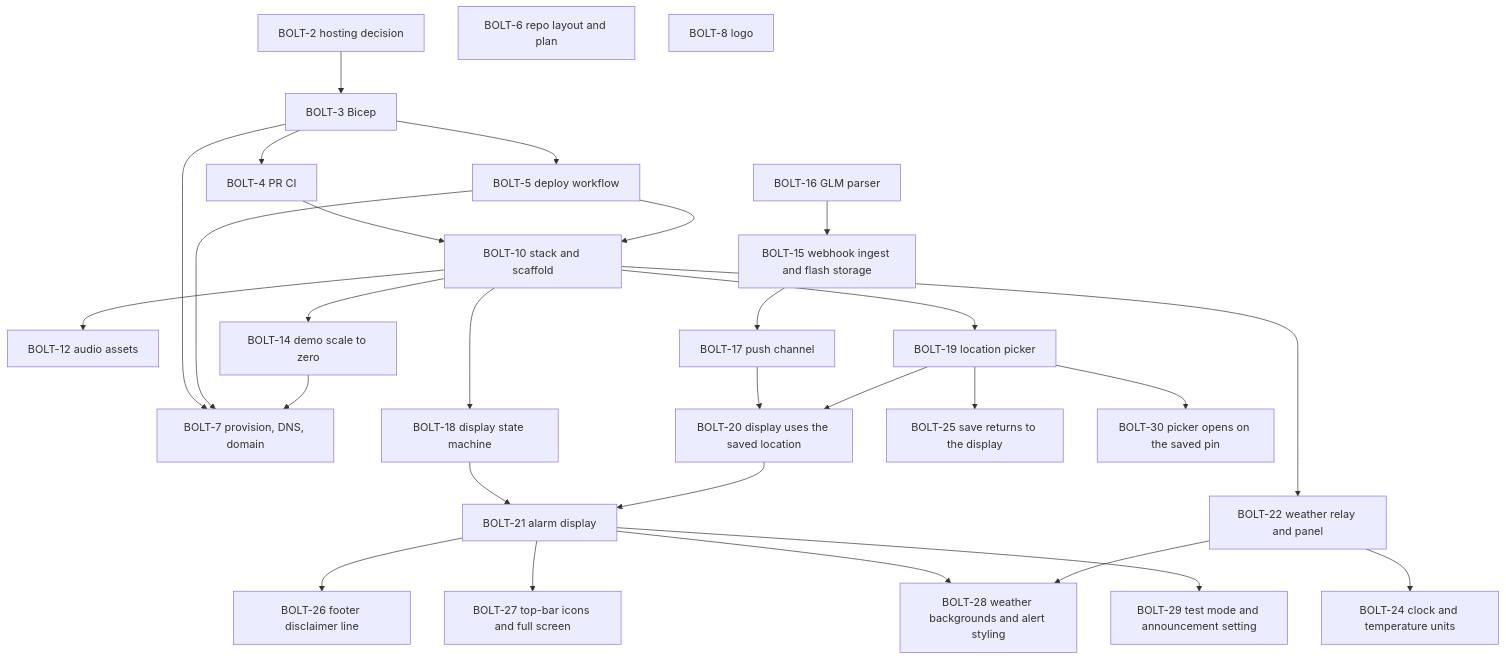
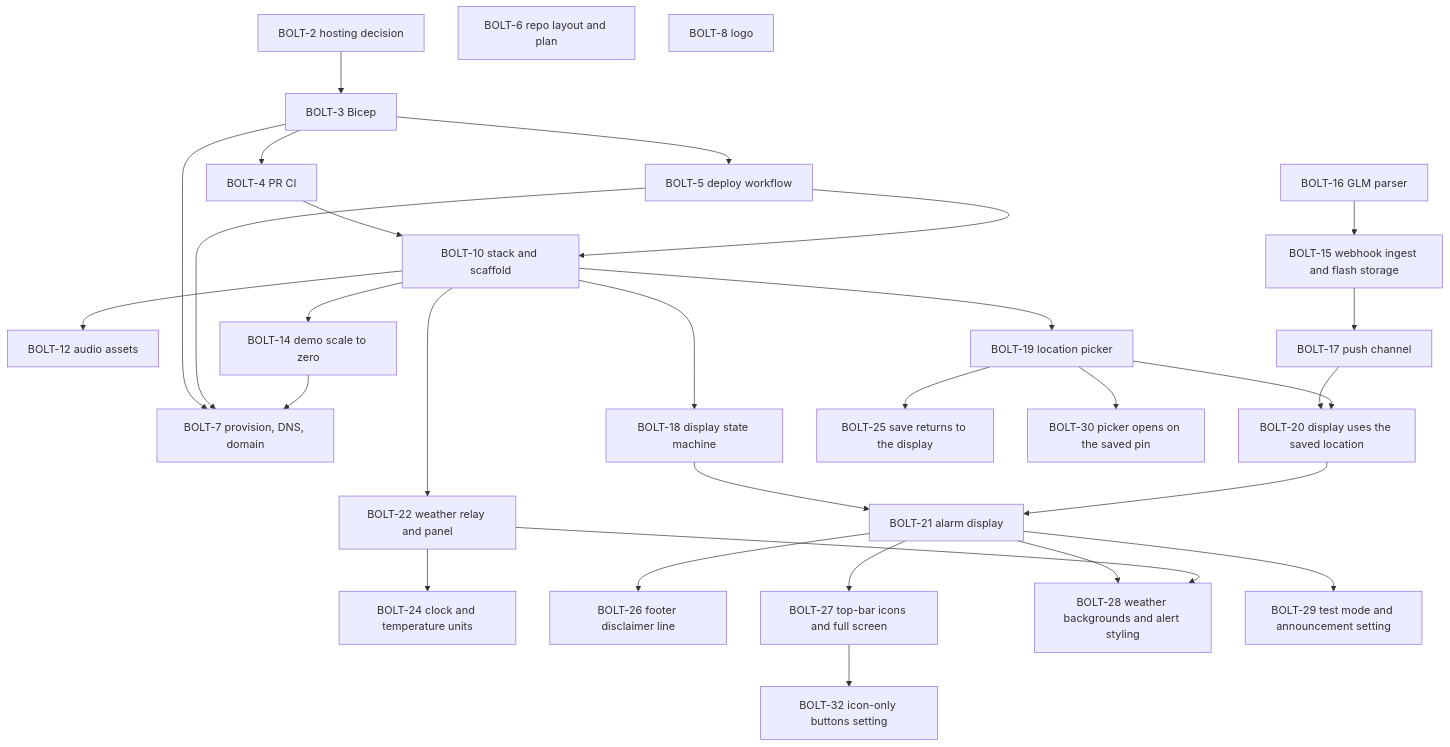
The diagram in docs/plan.md (henrique-meyer/boltclock), drawn with Mermaid before and after one commit. The commit also changed other lines of this file, not shown here.

Commit message:
BOLT-32 Plan entry for the button-style setting

````diff
--- a/docs/plan.md
+++ b/docs/plan.md
@@ -15,55 +15,57 @@
 ```mermaid
 flowchart TD
   s2[BOLT-2 hosting decision]
   s3[BOLT-3 Bicep]
   s4[BOLT-4 PR CI]
   s5[BOLT-5 deploy workflow]
   s6[BOLT-6 repo layout and plan]
   s7[BOLT-7 provision, DNS, domain]
   s8[BOLT-8 logo]
   s10[BOLT-10 stack and scaffold]
   s12[BOLT-12 audio assets]
   s14[BOLT-14 demo scale to zero]
   s15[BOLT-15 webhook ingest and flash storage]
   s16[BOLT-16 GLM parser]
   s17[BOLT-17 push channel]
   s18[BOLT-18 display state machine]
   s19[BOLT-19 location picker]
   s20[BOLT-20 display uses the saved location]
   s21[BOLT-21 alarm display]
   s22[BOLT-22 weather relay and panel]
   s24[BOLT-24 clock and temperature units]
   s25[BOLT-25 save returns to the display]
   s26[BOLT-26 footer disclaimer line]
   s27[BOLT-27 top-bar icons and full screen]
   s28[BOLT-28 weather backgrounds and alert styling]
   s30[BOLT-30 picker opens on the saved pin]
   s29[BOLT-29 test mode and announcement setting]
+  s32[BOLT-32 icon-only buttons setting]
   s2 --> s3
   s4 --> s10
   s5 --> s10
   s3 --> s4
   s3 --> s5
   s3 --> s7
   s5 --> s7
   s10 --> s12
   s10 --> s14
   s14 --> s7
   s16 --> s15
   s15 --> s17
   s10 --> s18
   s10 --> s19
   s17 --> s20
   s19 --> s20
   s18 --> s21
   s20 --> s21
   s10 --> s22
   s22 --> s24
   s19 --> s25
   s21 --> s26
   s21 --> s27
   s21 --> s28
   s22 --> s28
   s19 --> s30
   s21 --> s29
+  s27 --> s32
 ```
````
